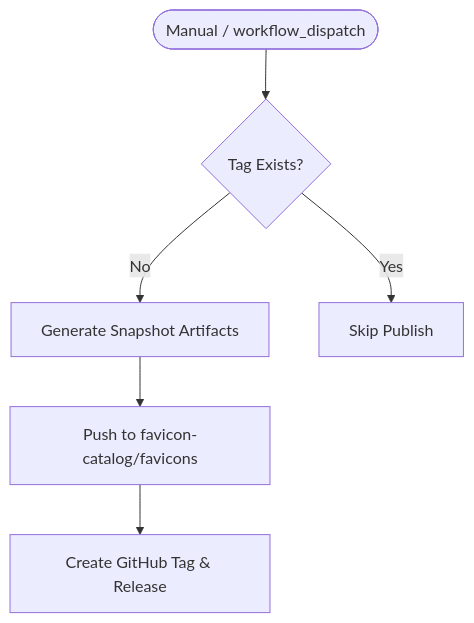
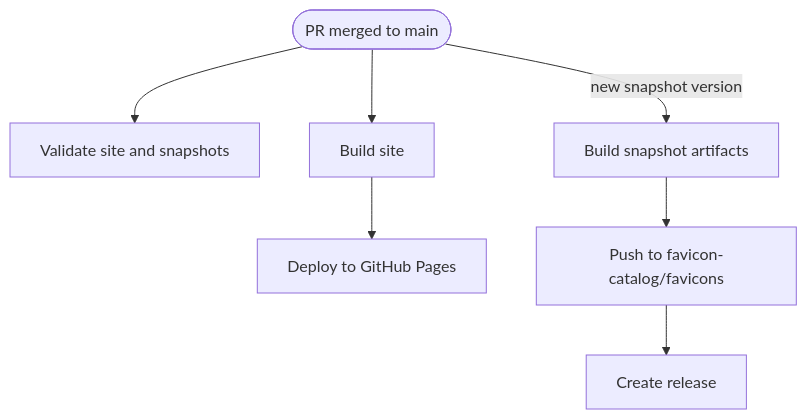
The second of 2 diagrams in README.md (favicon-catalog/favicon-catalog.github.io), drawn with Mermaid before and after one commit. The commit also changed other lines of this file and 5 other files, not shown here.

````diff
--- a/README.md
+++ b/README.md
@@ -34,8 +155,9 @@
 ```mermaid
 flowchart TD
-    Manual([Manual / workflow_dispatch]) --> CheckTag{Tag Exists?}
-    CheckTag -- No --> Gen[Generate Snapshot Artifacts]
+    Merge([PR merged to main]) --> ValMain[Validate site and snapshots]
+    Merge --> BuildPages[Build site]
+    BuildPages --> DeployPages[Deploy to GitHub Pages]
+    Merge -->|new snapshot version| Gen[Build snapshot artifacts]
     Gen --> Push[Push to favicon-catalog/favicons]
-    Push --> TagReq[Create GitHub Tag & Release]
-    CheckTag -- Yes --> Skip[Skip Publish]
+    Push --> Release[Create release]
 ```
````
